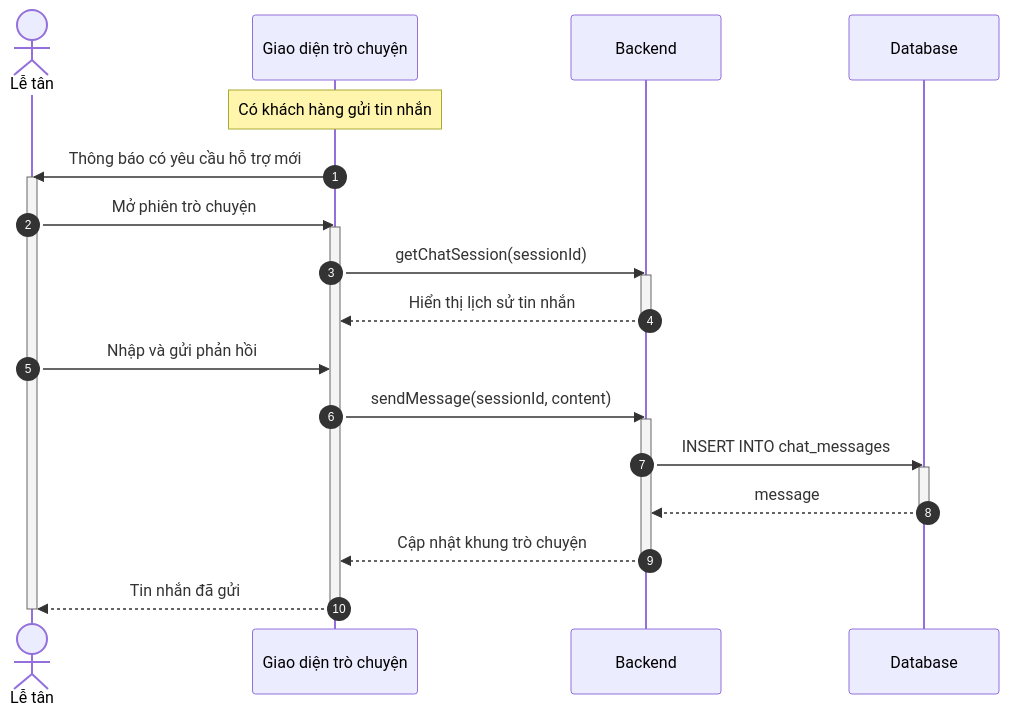
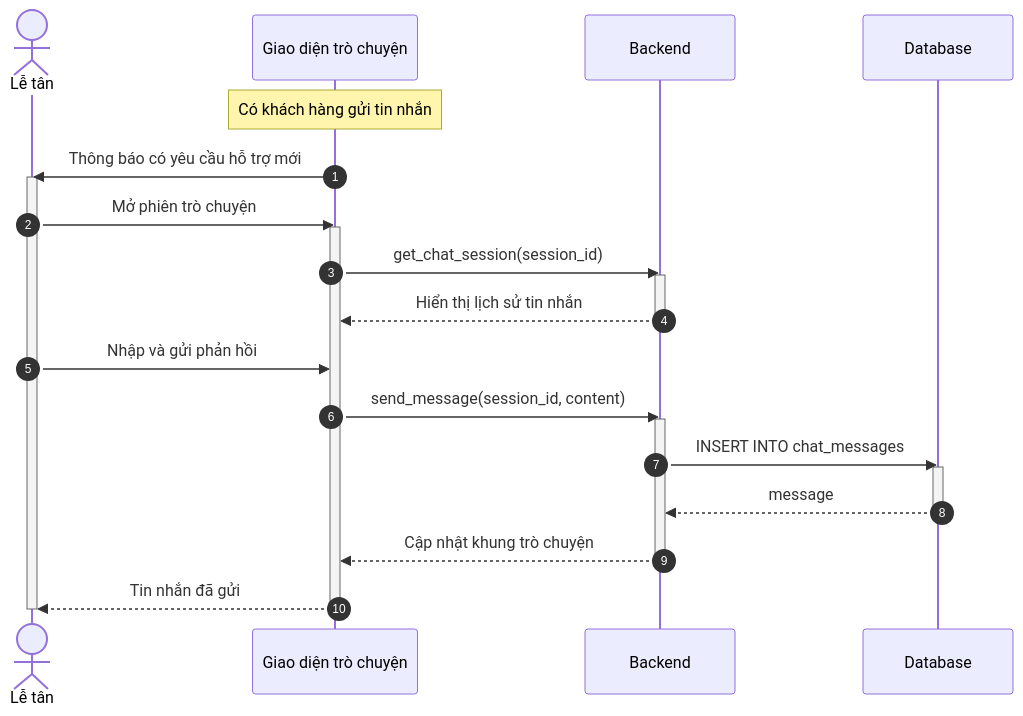
Before and after one commit to ngoctinn/Synapse: the sixth of 8 diagrams in docs/design/sequences/receptionist_flows.md, drawn with Mermaid. The commit also changed other lines of this file and 4 other files, not shown here.

Commit message:
docs: Add activity and sequence diagrams for authentication, customer, receptionist, and technician flows.

````diff
--- a/docs/design/sequences/receptionist_flows.md
+++ b/docs/design/sequences/receptionist_flows.md
@@ -215,35 +215,35 @@
 ```mermaid
 sequenceDiagram
     autonumber
     actor LT as Lễ tân
     participant UI as Giao diện trò chuyện
     participant BE as Backend
     participant DB as Database
 
     Note over UI: Có khách hàng gửi tin nhắn
     UI->>LT: Thông báo có yêu cầu hỗ trợ mới
     activate LT
 
     LT->>UI: Mở phiên trò chuyện
     activate UI
-    UI->>BE: getChatSession(sessionId)
+    UI->>BE: get_chat_session(session_id)
     activate BE
     BE-->>UI: Hiển thị lịch sử tin nhắn
     deactivate BE
 
     LT->>UI: Nhập và gửi phản hồi
-    UI->>BE: sendMessage(sessionId, content)
+    UI->>BE: send_message(session_id, content)
     activate BE
 
     BE->>DB: INSERT INTO chat_messages
     activate DB
     DB-->>BE: message
     deactivate DB
 
     BE-->>UI: Cập nhật khung trò chuyện
     deactivate BE
 
     UI-->>LT: Tin nhắn đã gửi
     deactivate UI
     deactivate LT
 ```
````
